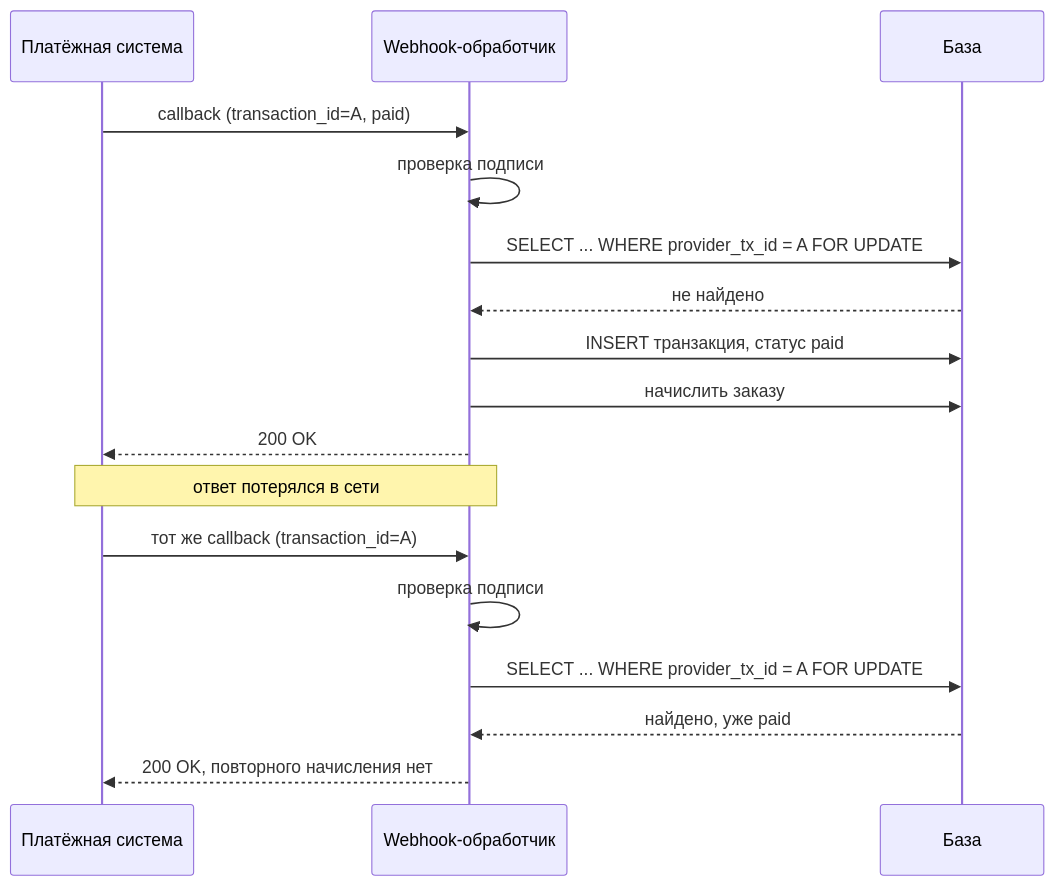
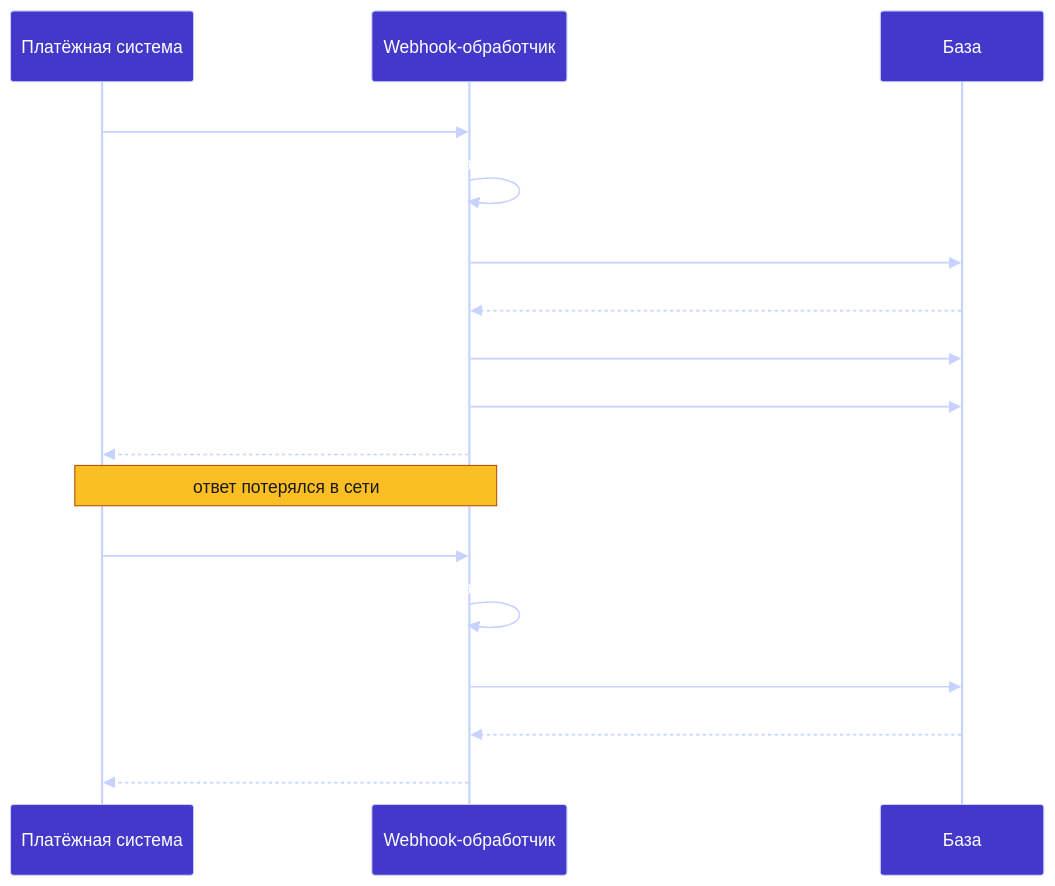
One commit to Shohruh1997/payment-integration-notes changed the second of 2 diagrams in README.md. Above: the diagram before and after it, drawn with Mermaid. The commit also changed other lines of this file, not shown here.

Commit message:
Диаграммы: полный набор переменных темы — читаемые строки ER, видимые стрелки, шрифт

````diff
--- a/README.md
+++ b/README.md
@@ -81,22 +82,23 @@
 ```mermaid
+%%{init: {'theme':'base','themeVariables':{'fontFamily':'ui-sans-serif,-apple-system,BlinkMacSystemFont,Segoe UI,Roboto,Helvetica,Arial,sans-serif','fontSize':'15px','primaryColor':'#4338ca','primaryTextColor':'#ffffff','primaryBorderColor':'#c7d2fe','secondaryColor':'#6d28d9','tertiaryColor':'#312e81','lineColor':'#c7d2fe','textColor':'#ffffff','mainBkg':'#4338ca','nodeBorder':'#c7d2fe','nodeTextColor':'#ffffff','edgeLabelBackground':'#1e1b4b','attributeBackgroundColorOdd':'#4338ca','attributeBackgroundColorEven':'#4f46e5','noteBkgColor':'#fbbf24','noteTextColor':'#1a1a1a','noteBorderColor':'#b45309','clusterBkg':'#1e1b4b','clusterBorder':'#c7d2fe','labelBoxBkgColor':'#4338ca','labelBoxBorderColor':'#c7d2fe','labelTextColor':'#ffffff','actorBkg':'#4338ca','actorBorder':'#c7d2fe','actorTextColor':'#ffffff','actorLineColor':'#c7d2fe','signalColor':'#c7d2fe','signalTextColor':'#ffffff','sequenceNumberColor':'#1a1a1a','activationBkgColor':'#6d28d9','activationBorderColor':'#c7d2fe','transitionColor':'#c7d2fe','transitionLabelColor':'#ffffff','stateBkg':'#4338ca','stateLabelColor':'#ffffff','altBackground':'#312e81','compositeBackground':'#1e1b4b','compositeBorder':'#c7d2fe','compositeTitleBackground':'#312e81','specialStateColor':'#c7d2fe','innerEndBackground':'#c7d2fe','cScale0':'#4338ca'}}}%%
 sequenceDiagram
     participant P as Платёжная система
     participant W as Webhook-обработчик
     participant DB as База
 
     P->>W: callback (transaction_id=A, paid)
     W->>W: проверка подписи
     W->>DB: SELECT ... WHERE provider_tx_id = A FOR UPDATE
     DB-->>W: не найдено
     W->>DB: INSERT транзакция, статус paid
     W->>DB: начислить заказу
     W-->>P: 200 OK
 
     Note over P,W: ответ потерялся в сети
 
     P->>W: тот же callback (transaction_id=A)
     W->>W: проверка подписи
     W->>DB: SELECT ... WHERE provider_tx_id = A FOR UPDATE
     DB-->>W: найдено, уже paid
     W-->>P: 200 OK, повторного начисления нет
 ```
````
